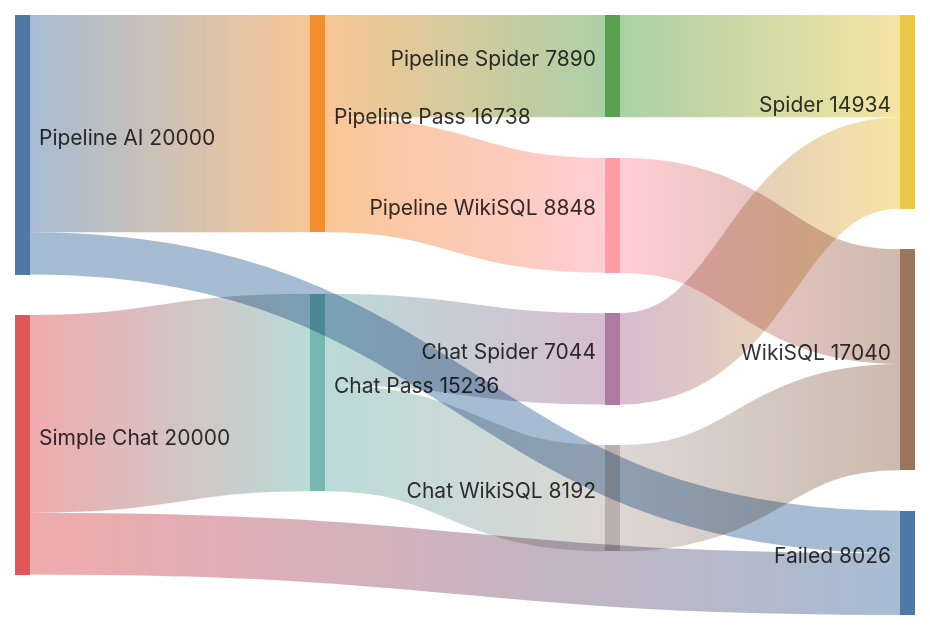
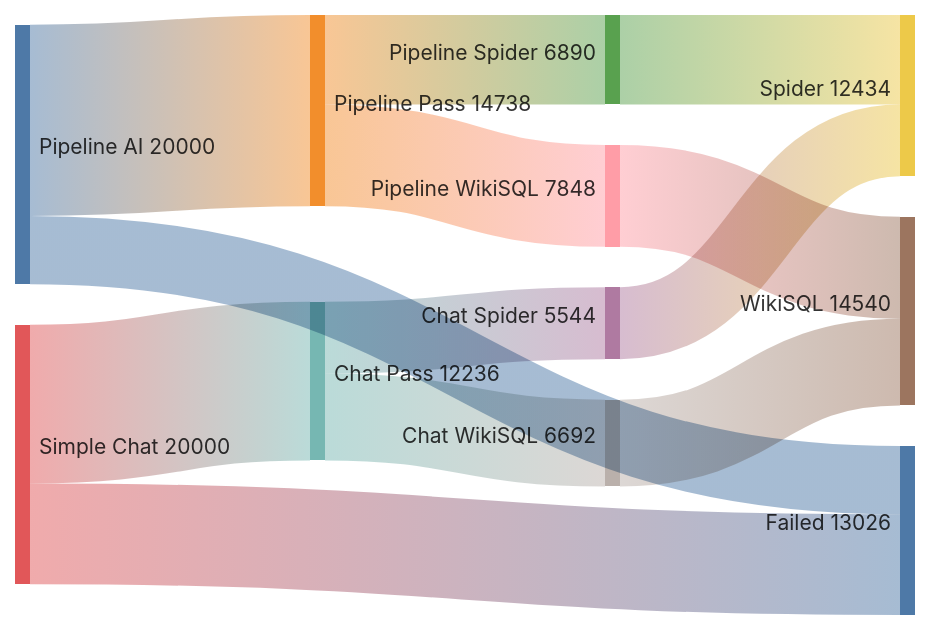
One commit to shynur/sqlbot changed the second of 7 diagrams in paper/paper.md. Above: the diagram before and after it, drawn with Mermaid. The commit also changed other lines of this file, not shown here.

````diff
--- a/paper/paper.md
+++ b/paper/paper.md
@@ -722,19 +722,19 @@
 ```mermaid
 sankey-beta
 
-Pipeline AI, Pipeline Pass, 16738
-Simple Chat, Chat Pass, 15236
+Pipeline AI, Pipeline Pass, 14738
+Simple Chat, Chat Pass, 12236
 
-Pipeline Pass, Pipeline Spider, 7890
-Pipeline Spider, Spider, 7890
-Chat Pass, Chat Spider, 7044
-Chat Spider, Spider, 7044
+Pipeline Pass, Pipeline Spider, 6890
+Pipeline Spider, Spider, 6890
+Chat Pass, Chat Spider, 5544
+Chat Spider, Spider, 5544
 
-Pipeline Pass, Pipeline WikiSQL, 8848
-Pipeline WikiSQL, WikiSQL, 8848
-Chat Pass, Chat WikiSQL, 8192
-Chat WikiSQL, WikiSQL, 8192
+Pipeline Pass, Pipeline WikiSQL, 7848
+Pipeline WikiSQL, WikiSQL, 7848
+Chat Pass, Chat WikiSQL, 6692
+Chat WikiSQL, WikiSQL, 6692
 
-Pipeline AI,  Failed, 3262
-Simple Chat,  Failed, 4764
+Pipeline AI,  Failed, 5262
+Simple Chat,  Failed, 7764
 ```
````
